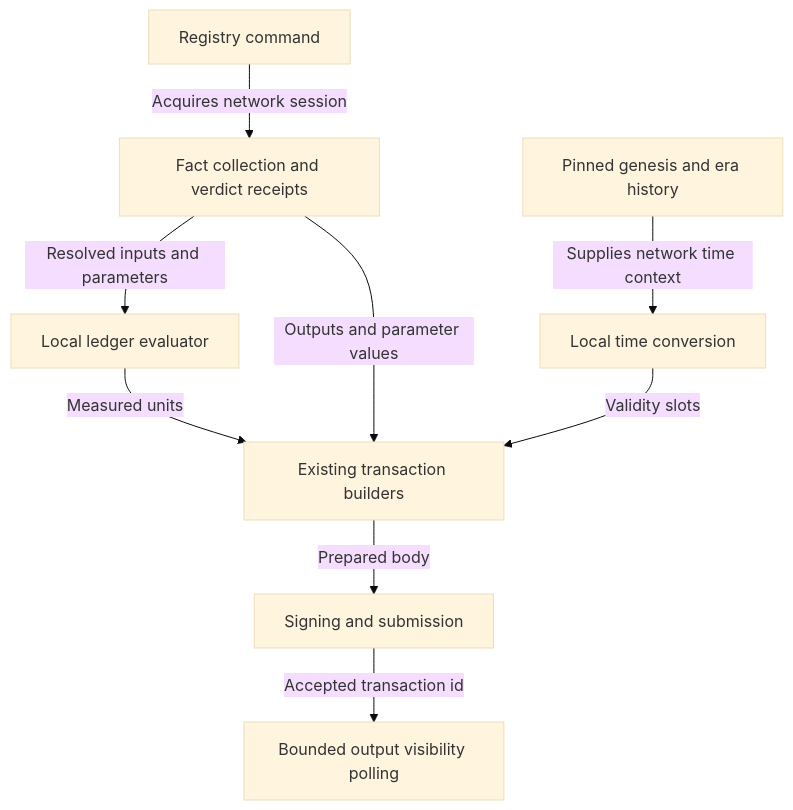
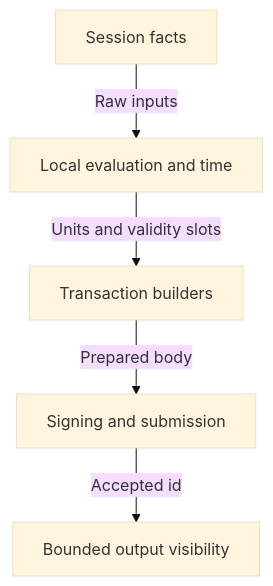
The diagram in specs/383-provider-interfaces/plan.md (lambdasistemi/singular), drawn with Mermaid (base theme) before and after one commit. The commit also changed other lines of this file and 5 other files, not shown here.

Commit message:
docs: make provider intake diagrams readable on phones

````diff
--- a/specs/383-provider-interfaces/plan.md
+++ b/specs/383-provider-interfaces/plan.md
@@ -86,11 +86,7 @@
 ```mermaid
 flowchart TD
-  Command[Registry command] -->|Acquires network session| Facts[Fact collection and verdict receipts]
-  Facts -->|Resolved inputs and parameters| Evaluate[Local ledger evaluator]
-  Pins[Pinned genesis and era history] -->|Supplies network time context| Time[Local time conversion]
-  Evaluate -->|Measured units| Build[Existing transaction builders]
-  Time -->|Validity slots| Build
-  Facts -->|Outputs and parameter values| Build
+  Facts[Session facts] -->|Raw inputs| Local[Local evaluation and time]
+  Local -->|Units and validity slots| Build[Transaction builders]
   Build -->|Prepared body| Send[Signing and submission]
-  Send -->|Accepted transaction id| Poll[Bounded output visibility polling]
+  Send -->|Accepted id| Poll[Bounded output visibility]
 ```
````
